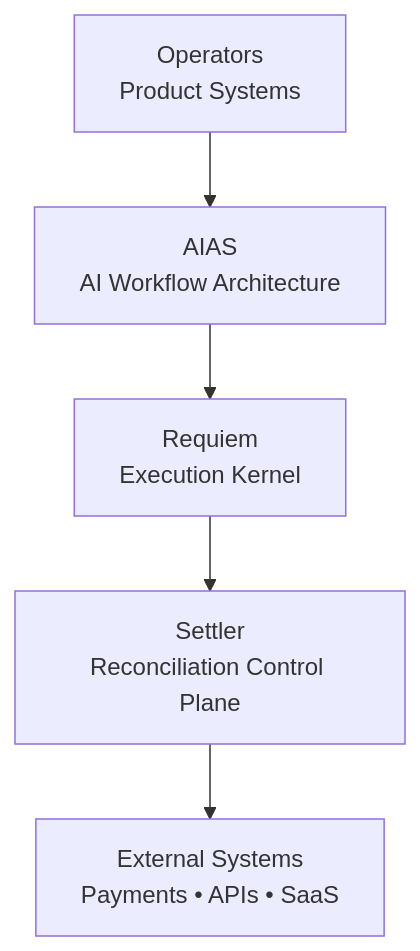
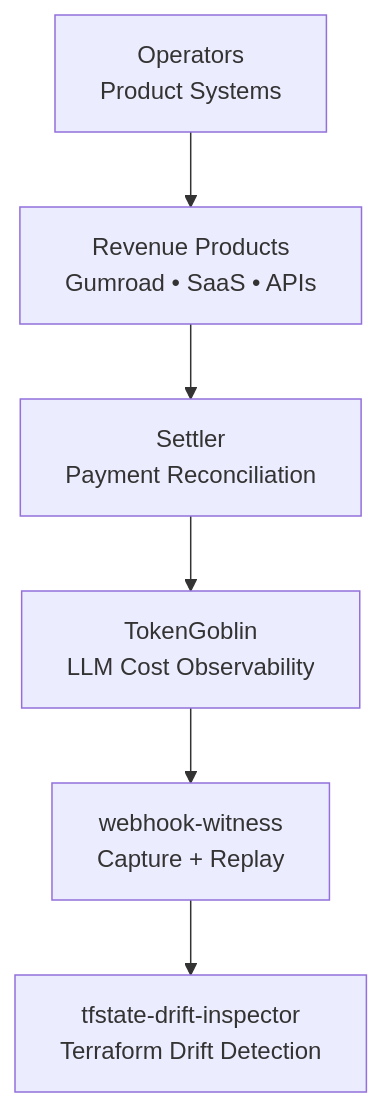
The first of 4 diagrams in README.md (Hardonian/Hardonian), drawn with Mermaid before and after one commit. The commit also changed other lines of this file, not shown here.

Commit message:
v5: revenue products, live SaaS systems, Gumroad-ready ComfyUI kits (#4)

````diff
--- a/README.md
+++ b/README.md
@@ -99,14 +120,16 @@
 ```mermaid
 flowchart TB
 
     Users["Operators<br/>Product Systems"]
-    AIAS["AIAS<br/>AI Workflow Architecture"]
-    Requiem["Requiem<br/>Execution Kernel"]
-    Settler["Settler<br/>Reconciliation Control Plane"]
-    External["External Systems<br/>Payments • APIs • SaaS"]
+    Revenue["Revenue Products<br/>Gumroad • SaaS • APIs"]
+    Settler["Settler<br/>Payment Reconciliation"]
+    TokenGoblin["TokenGoblin<br/>LLM Cost Observability"]
+    Webhook["webhook-witness<br/>Capture + Replay"]
+    Drift["tfstate-drift-inspector<br/>Terraform Drift Detection"]
 
-    Users --> AIAS
-    AIAS --> Requiem
-    Requiem --> Settler
-    Settler --> External
+    Users --> Revenue
+    Revenue --> Settler
+    Settler --> TokenGoblin
+    TokenGoblin --> Webhook
+    Webhook --> Drift
 ```
````
